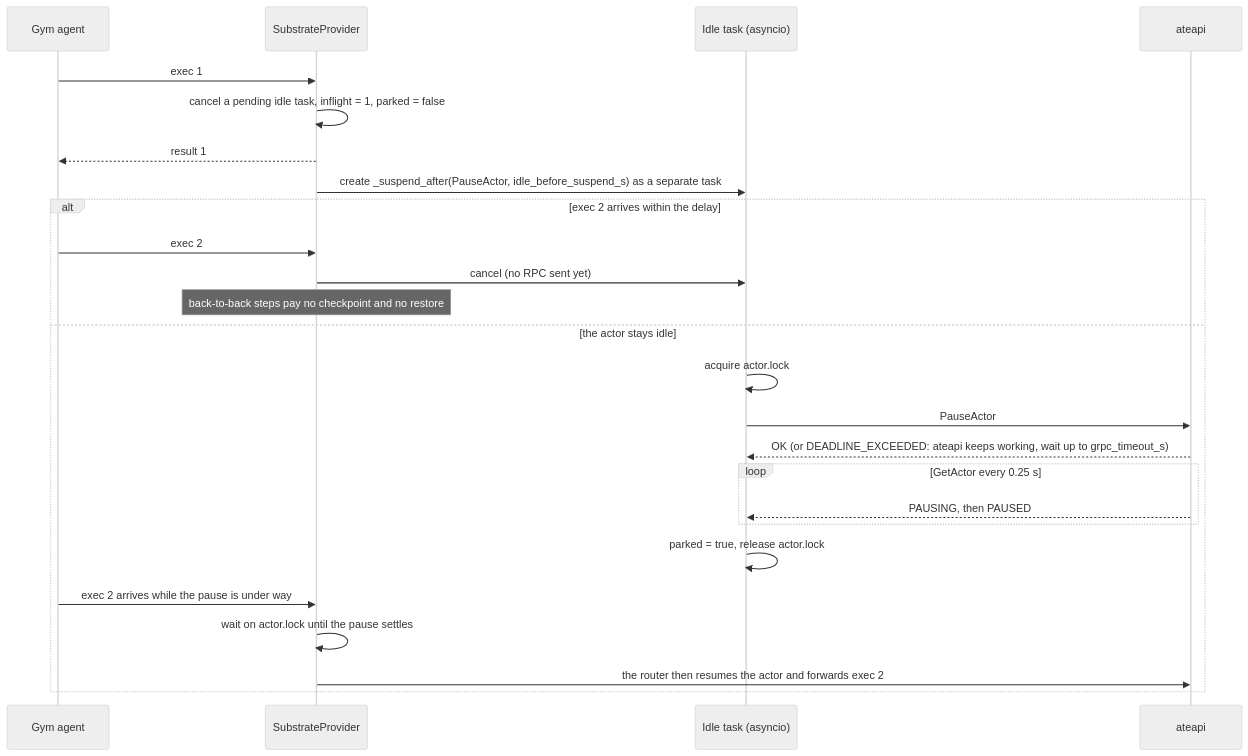
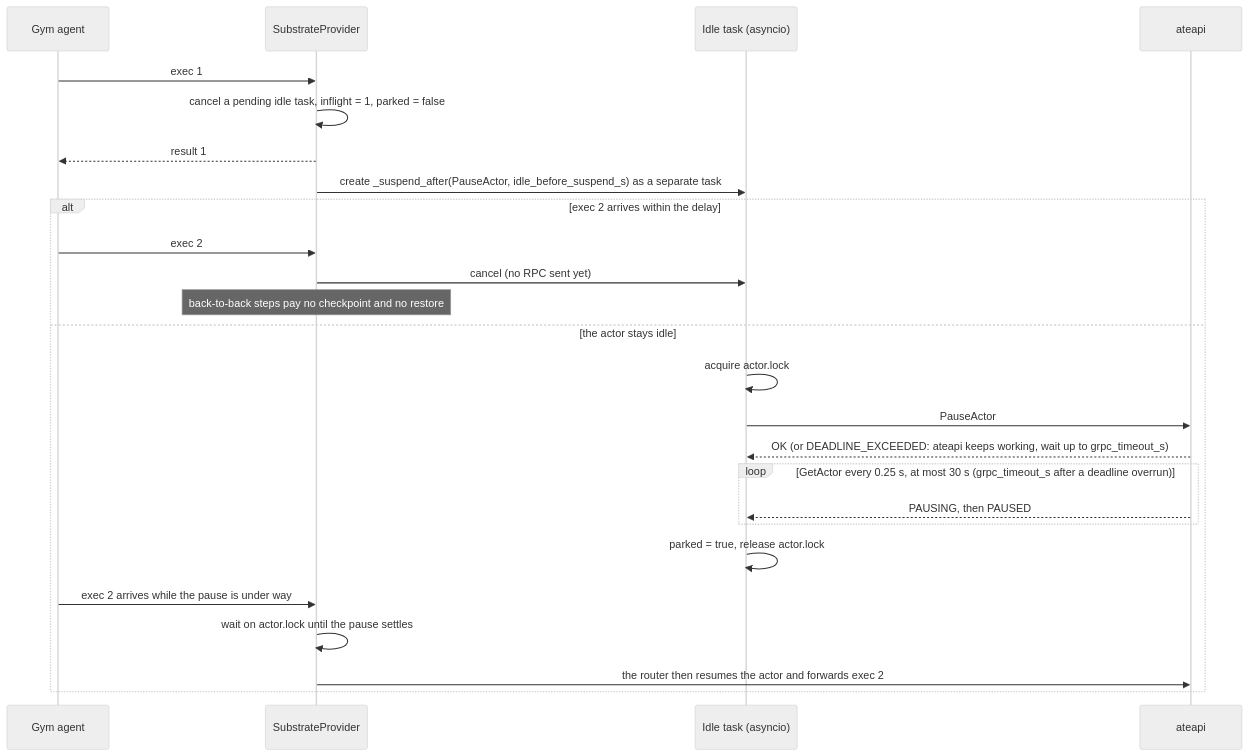
One commit to dims/gym-substrate changed the fifth of 8 diagrams in docs/architecture.md. Above: the diagram before and after it, drawn with Mermaid (neutral theme). The commit also changed other lines of this file and 3 other files, not shown here.

````diff
--- a/docs/architecture.md
+++ b/docs/architecture.md
@@ -211,28 +211,28 @@
 ```mermaid
 sequenceDiagram
   participant G as Gym agent
   participant P as SubstrateProvider
   participant T as Idle task (asyncio)
   participant A as ateapi
 
   G->>P: exec 1
   P->>P: cancel a pending idle task, inflight = 1, parked = false
   P-->>G: result 1
   P->>T: create _suspend_after(PauseActor, idle_before_suspend_s) as a separate task
   alt exec 2 arrives within the delay
     G->>P: exec 2
     P->>T: cancel (no RPC sent yet)
     Note over P: back-to-back steps pay no checkpoint and no restore
   else the actor stays idle
     T->>T: acquire actor.lock
     T->>A: PauseActor
     A-->>T: OK (or DEADLINE_EXCEEDED: ateapi keeps working, wait up to grpc_timeout_s)
-    loop GetActor every 0.25 s
+    loop GetActor every 0.25 s, at most 30 s (grpc_timeout_s after a deadline overrun)
       A-->>T: PAUSING, then PAUSED
     end
     T->>T: parked = true, release actor.lock
     G->>P: exec 2 arrives while the pause is under way
     P->>P: wait on actor.lock until the pause settles
     P->>A: the router then resumes the actor and forwards exec 2
   end
 ```
````
